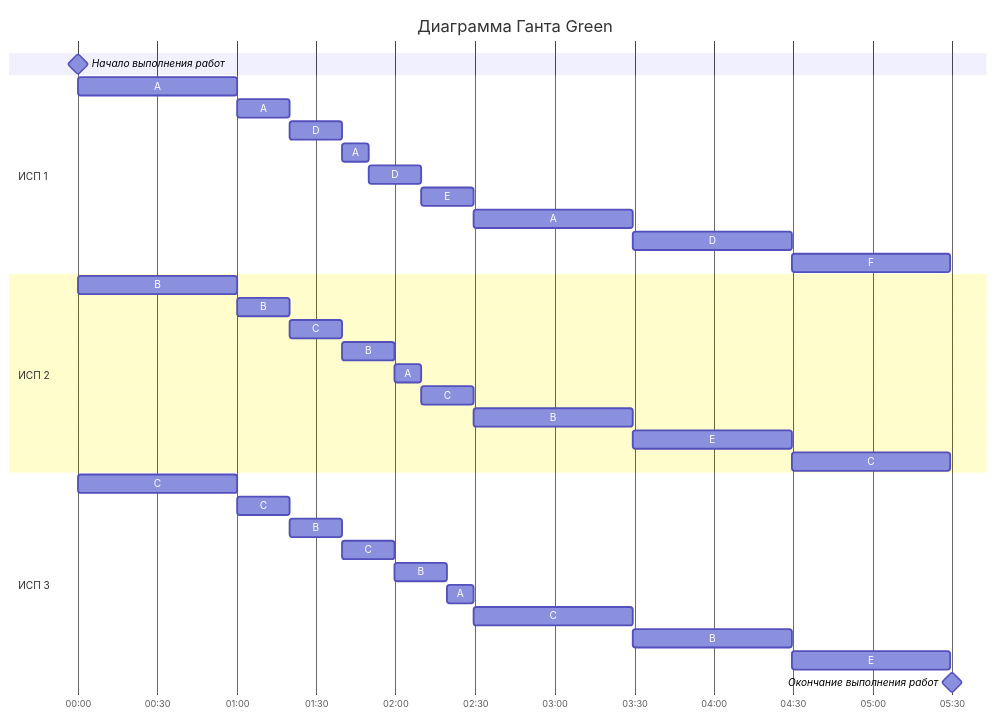
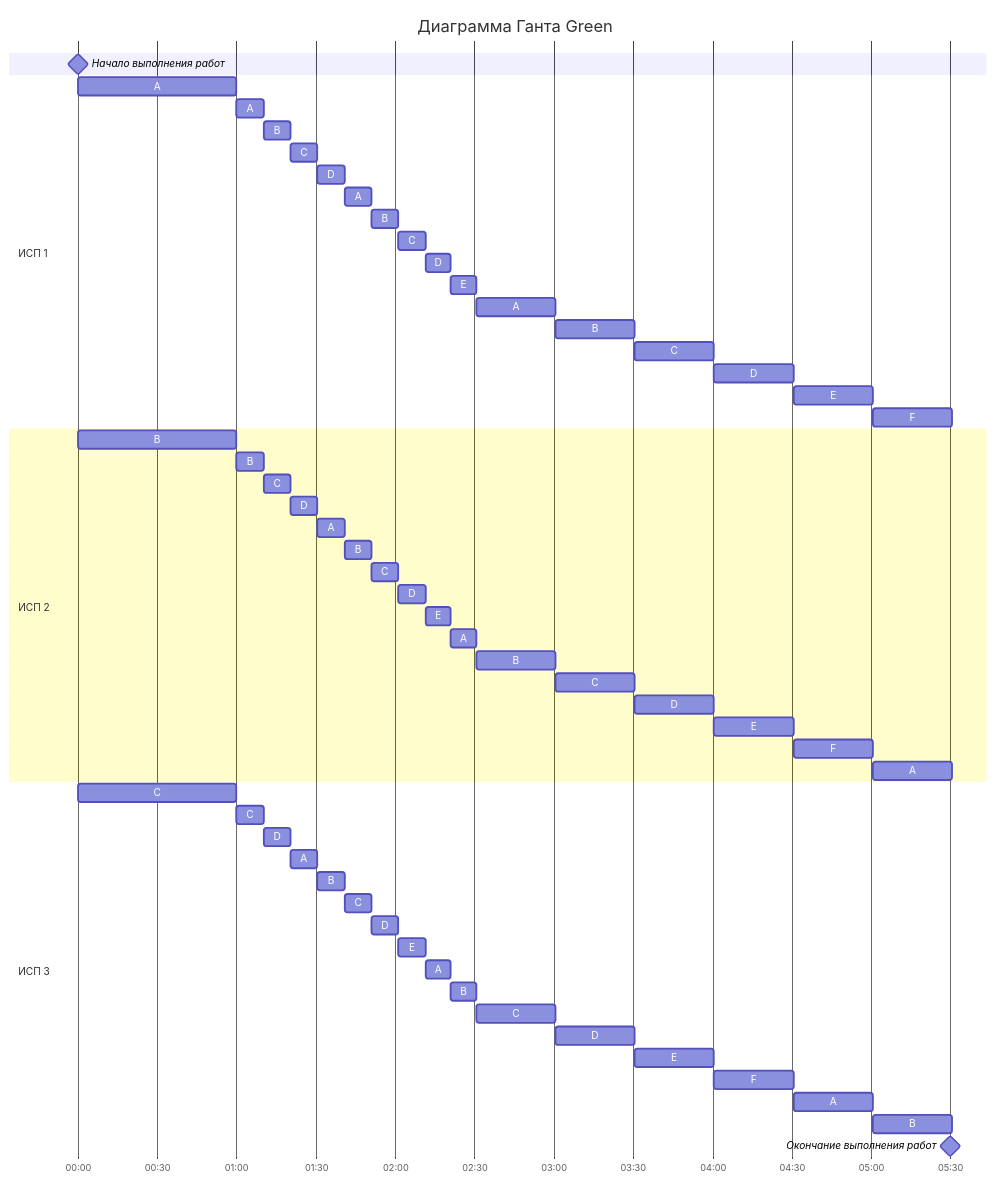
One commit to hse-algo-24-raven/manual-tasks-raven changed the diagram in task-6/green.md. Above: the diagram before and after it, drawn with Mermaid. The commit also changed other lines of this file, not shown here.

Commit message:
task-6-green

````diff
--- a/task-6/green.md
+++ b/task-6/green.md
@@ -127,38 +105,71 @@
 ```mermaid
 gantt
     title Диаграмма Ганта Green
     dateFormat DD HH:mm    
     axisFormat %H:%M
     Начало выполнения работ : milestone, m1, 01 00:00, 0h
     section ИСП 1
     A         :a1, 01 00:00, 1h
-    A         :a2, after a1, 0.33h
-    D         :a3, after a2, 0.33h
-    A         :a4, after a3, 0.17h
-    D         :a5, after a4, 0.33h
-    E         :a6, after a5, 0.33h
-    A         :a7, after a6, 1h
-    D         :a8, after a7, 1h
-    F         :a9, after a8, 1h
+
+    A         :a2, after a1, 0.17h
+    B         :a3, after a2, 0.17h
+    C         :a4, after a3, 0.17h
+    D         :a5, after a4, 0.17h
+
+    A         :a6, after a5, 0.17h
+    B         :a7, after a6, 0.17h
+    C         :a8, after a7, 0.17h
+    D         :a9, after a8, 0.16h
+    E         :a10, after a9, 0.16h
+
+    A         :a11, after a10, 0.5h
+    B         :a12, after a11, 0.5h
+    C         :a13, after a12, 0.5h
+    D         :a14, after a13, 0.5h
+    E         :a15, after a14, 0.5h
+    F         :a16, after a15, 0.5h
+
     section ИСП 2
-    B         :b1, 01 00:00, 1h
-    B         :b2, after b1, 0.33h
-    C         :b3, after b2, 0.33h
-    B         :b4, after b3, 0.33h
+    B         :b1, 01 00:00, 1h 
+
+    B         :b2, after b1, 0.17h
+    C         :b3, after b2, 0.17h
+    D         :b4, after b3, 0.17h
     A         :b5, after b4, 0.17h
-    C         :b6, after b5, 0.33h
-    B         :b7, after b6, 1h
-    E         :b8, after b7, 1h
-    C         :b9, after b8, 1h
+
+    B         :b6, after b5, 0.17h
+    C         :b7, after b6, 0.17h
+    D         :b8, after b7, 0.17h
+    E         :b9, after b8, 0.16h
+    A         :b10, after b9, 0.16h
+
+    B         :b11, after b10, 0.5h
+    C         :b12, after b11, 0.5h
+    D         :b13, after b12, 0.5h
+    E         :b14, after b13, 0.5h
+    F         :b15, after b14, 0.5h
+    A         :b16, after b15, 0.5h
+
     section ИСП 3
     C         :c1, 01 00:00, 1h
-    C         :c2, after c1, 0.33h
-    B         :c3, after c2, 0.33h
-    C         :c4, after c3, 0.33h
-    B         :c5, after c4, 0.33h
-    A         :c6, after c5, 0.17h
-    C         :c7, after c6, 1h
-    B         :c8, after c7, 1h
-    E         :c9, after c8, 1h
+
+    C         :c2, after c1, 0.17h
+    D         :c3, after c2, 0.17h
+    A         :c4, after c3, 0.17h
+    B         :c5, after c4, 0.17h
+
+    C         :c6, after c5, 0.17h
+    D         :c7, after c6, 0.17h
+    E         :c8, after c7, 0.17h
+    A         :c9, after c8, 0.16h
+    B         :c10, after c9, 0.16h
+
+    C         :c11, after c10, 0.5h
+    D         :c12, after c11, 0.5h
+    E         :c13, after c12, 0.5h
+    F         :c14, after c13, 0.5h
+    A         :c15, after c14, 0.5h
+    B         :c16, after c15, 0.5h
+
     Окончание выполнения работ : milestone, m2, 01 05:30, 0h
 ```
````
